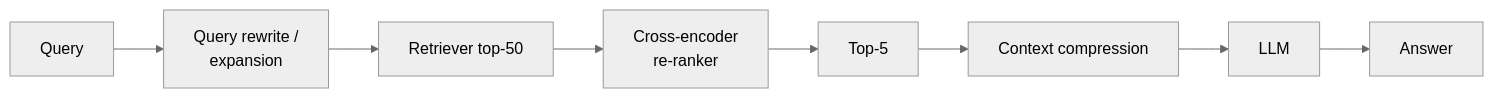
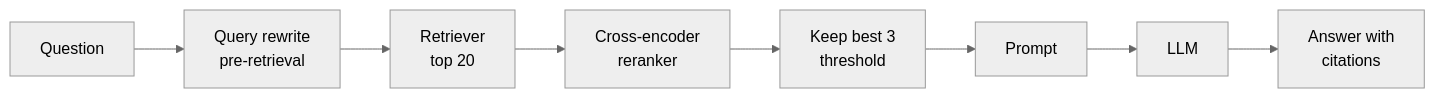
One commit to ajay-nikumbh/RAG-From-Basics-to-Production changed the diagram in 02. Advanced RAG/README.md. Above: the diagram before and after it, drawn with Mermaid (neutral theme). The commit also changed other lines of this file and 12 other files, not shown here.

````diff
--- a/02. Advanced RAG/README.md
+++ b/02. Advanced RAG/README.md
@@ -24,6 +44,10 @@
 ```mermaid
 flowchart LR
-    Q[Query] --> RW[Query rewrite /<br/>expansion] --> R[Retriever top-50]
-    R --> RR[Cross-encoder<br/>re-ranker] --> K[Top-5] --> CC[Context compression]
-    CC --> L[LLM] --> A[Answer]
+    Q[Question] --> RW[Query rewrite<br/>pre-retrieval]
+    RW --> R[Retriever<br/>top 20]
+    R --> RR[Cross-encoder<br/>reranker]
+    RR --> F[Keep best 3<br/>threshold]
+    F --> P[Prompt]
+    P --> L[LLM]
+    L --> A[Answer with<br/>citations]
 ```
````
